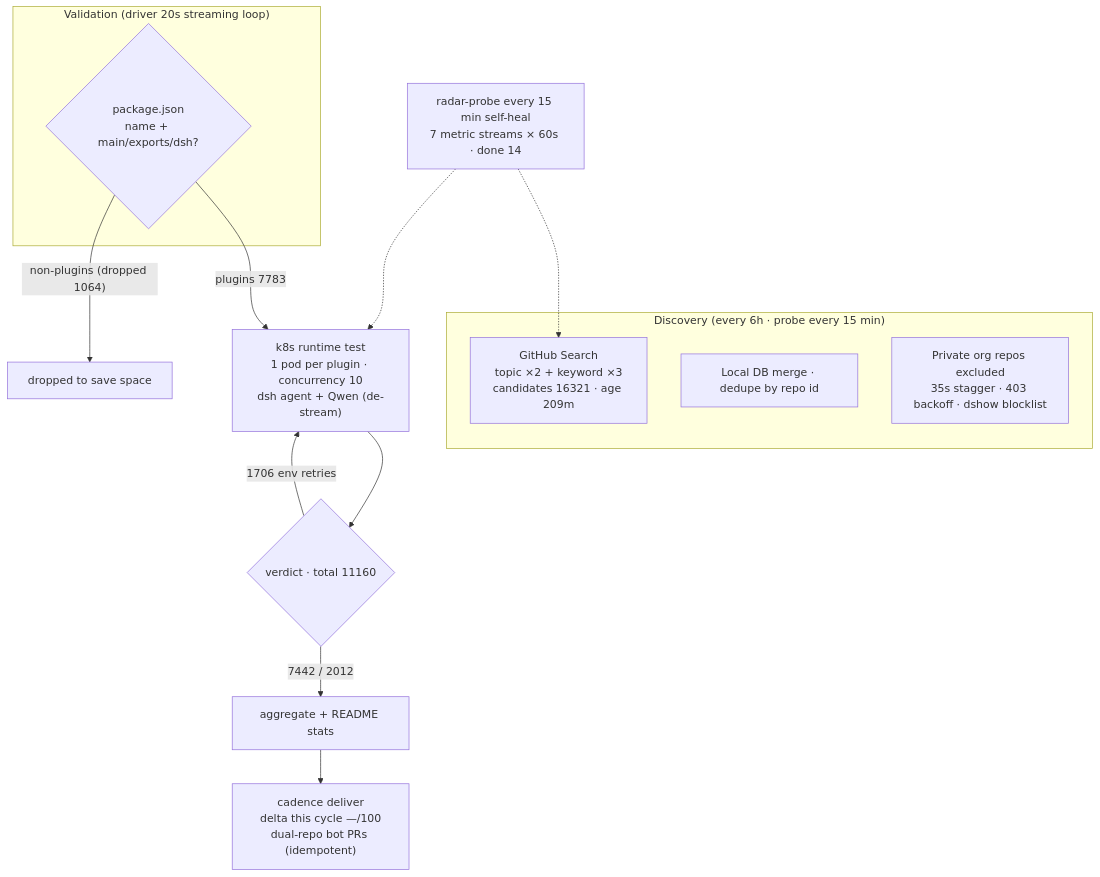
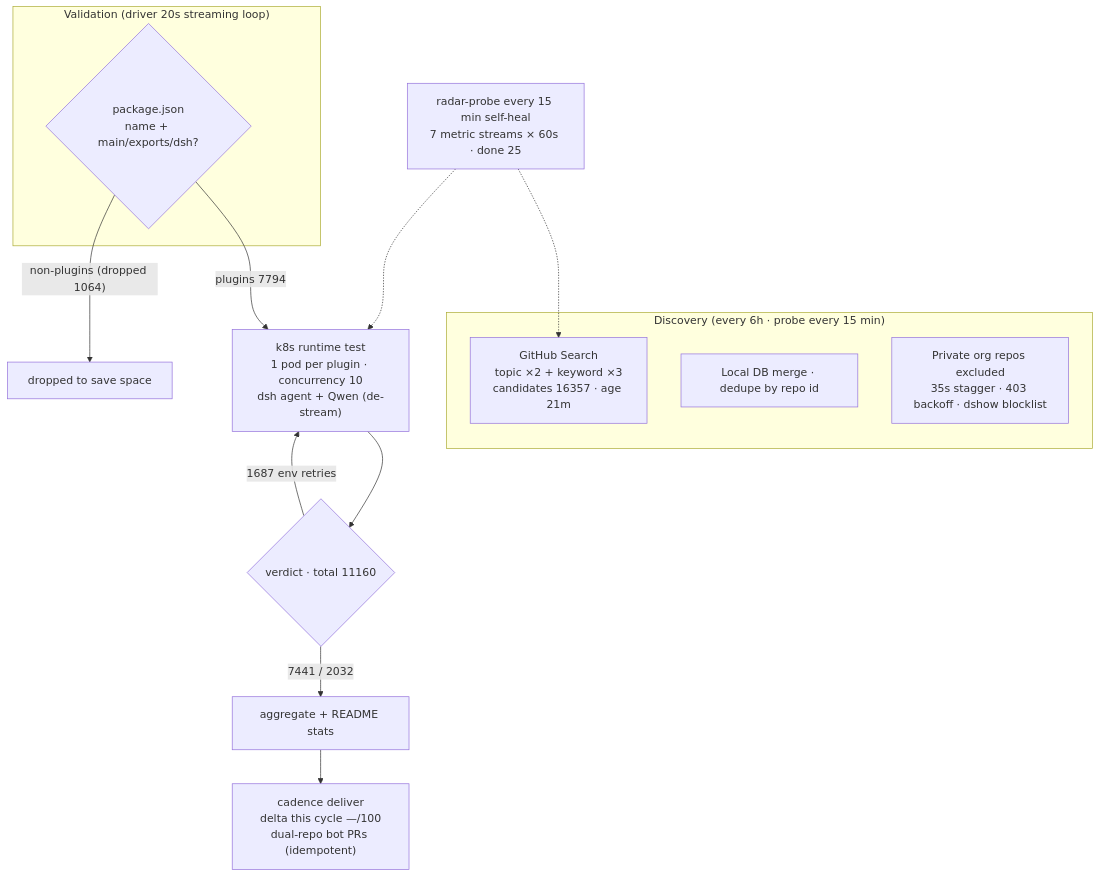
The diagram in README.en-US.md (AdamPlatin123/awesome-dsh-plugins), drawn with Mermaid before and after one commit. The commit also changed other lines of this file and 5 other files, not shown here.

````diff
--- a/README.en-US.md
+++ b/README.en-US.md
@@ -45,20 +45,20 @@
 ```mermaid
 flowchart TB
     subgraph Discovery["Discovery (every 6h · probe every 15 min)"]
-        A1["GitHub Search<br/>topic ×2 + keyword ×3<br/>candidates 16321 · age 209m"]
+        A1["GitHub Search<br/>topic ×2 + keyword ×3<br/>candidates 16357 · age 21m"]
         A2["Local DB merge · dedupe by repo id"]
         A3["Private org repos excluded<br/>35s stagger · 403 backoff · dshow blocklist"]
     end
     subgraph Validation["Validation (driver 20s streaming loop)"]
         B1{"package.json<br/>name + main/exports/dsh?"}
     end
-    B1 -->|"plugins 7783"| C1["k8s runtime test<br/>1 pod per plugin · concurrency 10<br/>dsh agent + Qwen (de-stream)"]
+    B1 -->|"plugins 7794"| C1["k8s runtime test<br/>1 pod per plugin · concurrency 10<br/>dsh agent + Qwen (de-stream)"]
     B1 -->|"non-plugins (dropped 1064)"| B3["dropped to save space"]
     C1 --> D1{"verdict · total 11160"}
-    D1 -->|"7442 / 2012"| E1["aggregate + README stats"]
-    D1 -->|"1706 env retries"| C1
+    D1 -->|"7441 / 2032"| E1["aggregate + README stats"]
+    D1 -->|"1687 env retries"| C1
     E1 --> E2["cadence deliver<br/>delta this cycle —/100<br/>dual-repo bot PRs (idempotent)"]
-    M["radar-probe every 15 min self-heal<br/>7 metric streams × 60s · done 14"]
+    M["radar-probe every 15 min self-heal<br/>7 metric streams × 60s · done 25"]
     M -.-> A1
     M -.-> C1
 ```
````
